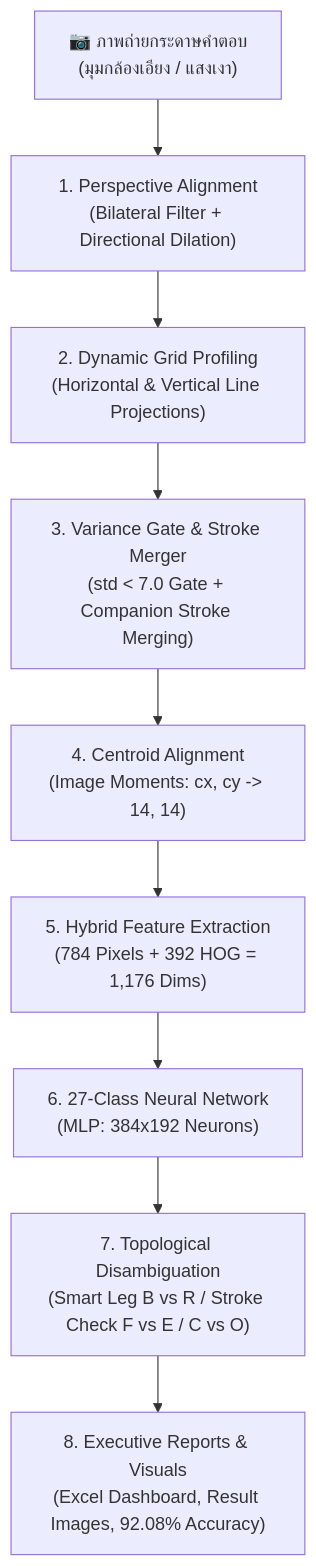
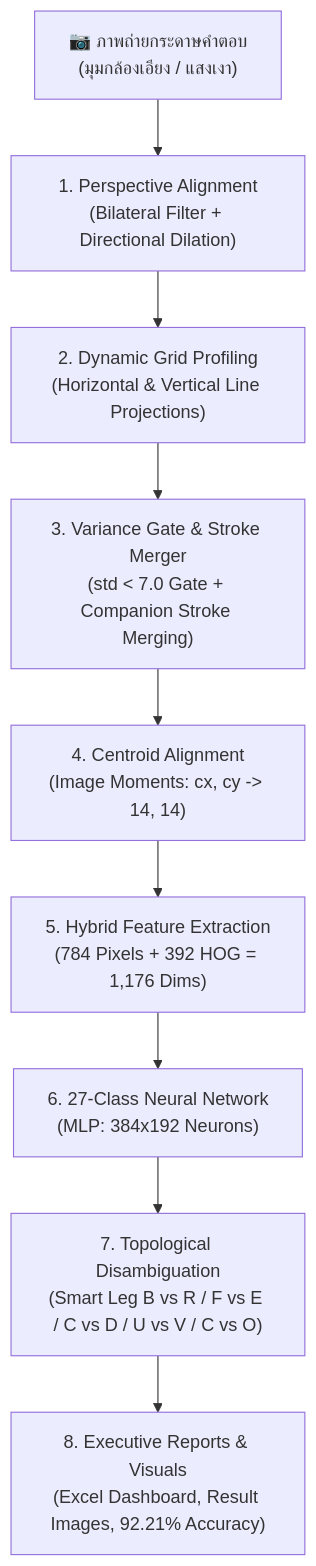
Before and after one commit to 67160213-ux/Project_CV: the diagram in howtodo.md, drawn with Mermaid. The commit also changed other lines of this file and 6 other files, not shown here.

Commit message:
feat: enhance topological disambiguation (D vs C, U vs V, O vs C), achieving 92.21% accuracy

````diff
--- a/howtodo.md
+++ b/howtodo.md
@@ -36,11 +36,11 @@
 ```mermaid
 graph TD
     A["📷 ภาพถ่ายกระดาษคำตอบ<br/>(มุมกล้องเอียง / แสงเงา)"] --> B["1. Perspective Alignment<br/>(Bilateral Filter + Directional Dilation)"]
     B --> C["2. Dynamic Grid Profiling<br/>(Horizontal & Vertical Line Projections)"]
     C --> D["3. Variance Gate & Stroke Merger<br/>(std < 7.0 Gate + Companion Stroke Merging)"]
     D --> E["4. Centroid Alignment<br/>(Image Moments: cx, cy -> 14, 14)"]
     E --> F["5. Hybrid Feature Extraction<br/>(784 Pixels + 392 HOG = 1,176 Dims)"]
     F --> G["6. 27-Class Neural Network<br/>(MLP: 384x192 Neurons)"]
-    G --> H["7. Topological Disambiguation<br/>(Smart Leg B vs R / Stroke Check F vs E / C vs O)"]
-    H --> I["8. Executive Reports & Visuals<br/>(Excel Dashboard, Result Images, 92.08% Accuracy)"]
+    G --> H["7. Topological Disambiguation<br/>(Smart Leg B vs R / F vs E / C vs D / U vs V / C vs O)"]
+    H --> I["8. Executive Reports & Visuals<br/>(Excel Dashboard, Result Images, 92.21% Accuracy)"]
 ```
````
